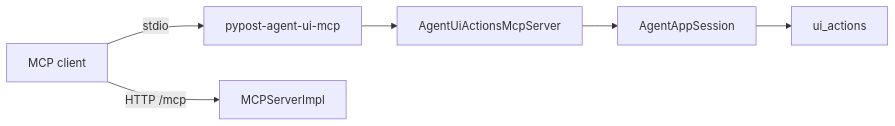
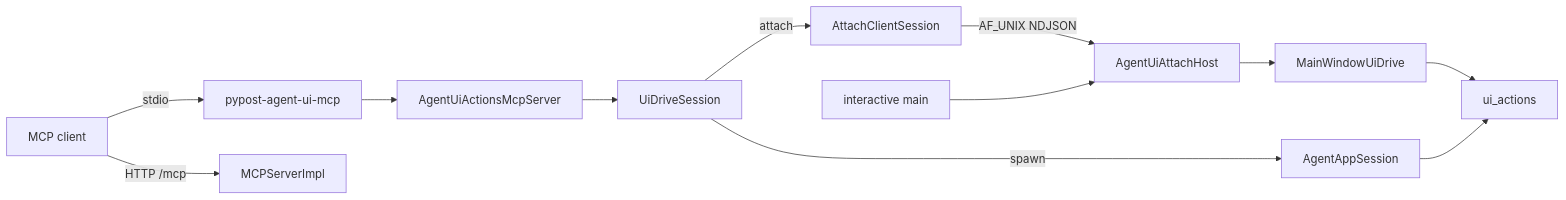
Before and after one commit to koctep/pypost: the diagram in doc/dev/agent_ui_actions_mcp.md, drawn with Mermaid. The commit also changed other lines of this file and 15 other files, not shown here.

First line of the commit message:
feature(agent-ui-mcp): PYPOST-1207 attach agent-UI MCP to running desktop

````diff
--- a/doc/dev/agent_ui_actions_mcp.md
+++ b/doc/dev/agent_ui_actions_mcp.md
@@ -33,8 +38,14 @@
 ```mermaid
 flowchart LR
   Client[MCP client] -->|stdio| Sidecar[pypost-agent-ui-mcp]
   Sidecar --> Bridge[AgentUiActionsMcpServer]
-  Bridge --> Session[AgentAppSession]
-  Session --> Actions[ui_actions]
+  Bridge --> Proto[UiDriveSession]
+  Proto -->|spawn| Session[AgentAppSession]
+  Proto -->|attach| AttClient[AttachClientSession]
+  AttClient -->|AF_UNIX NDJSON| Host[AgentUiAttachHost]
+  Main[interactive main] --> Host
+  Host --> Drive[MainWindowUiDrive]
+  Drive --> Actions[ui_actions]
+  Session --> Actions
   Client -->|HTTP /mcp| Product[MCPServerImpl]
 ```
````
